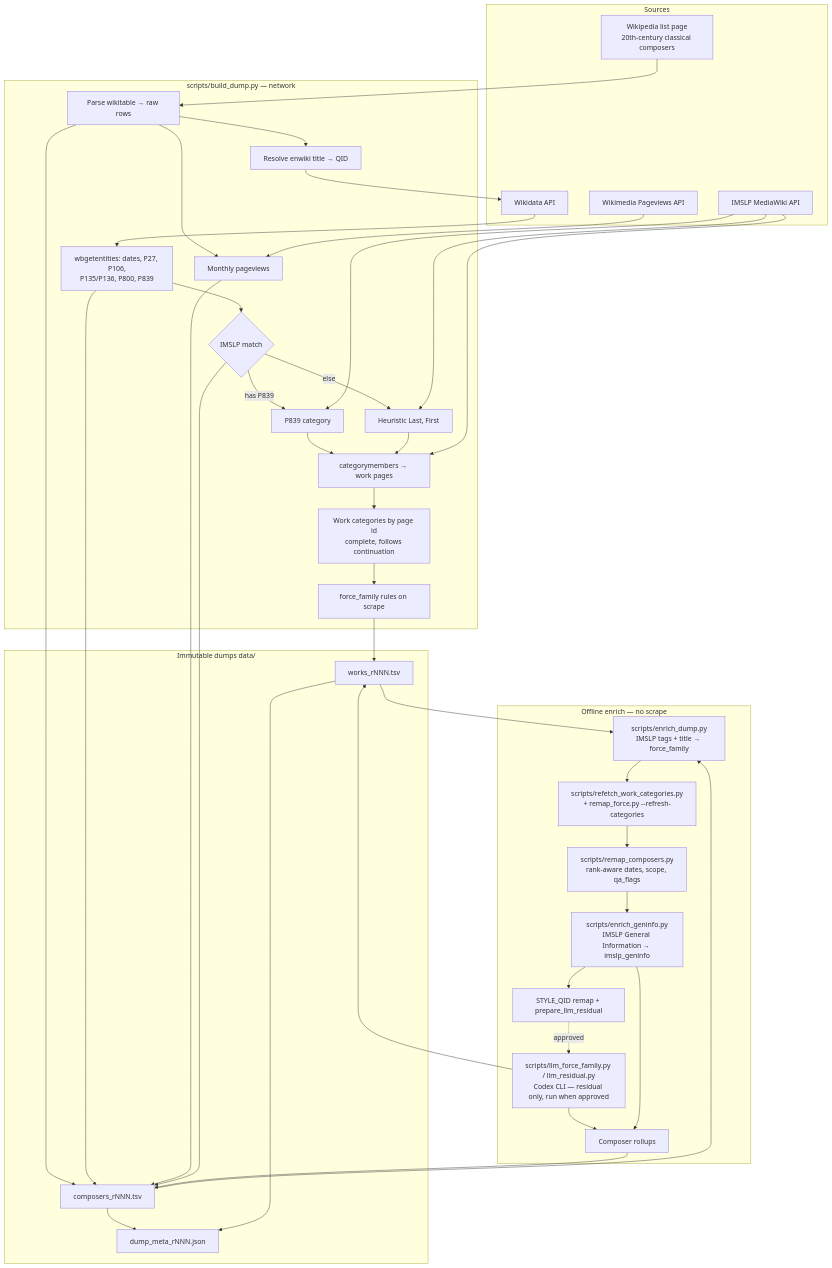
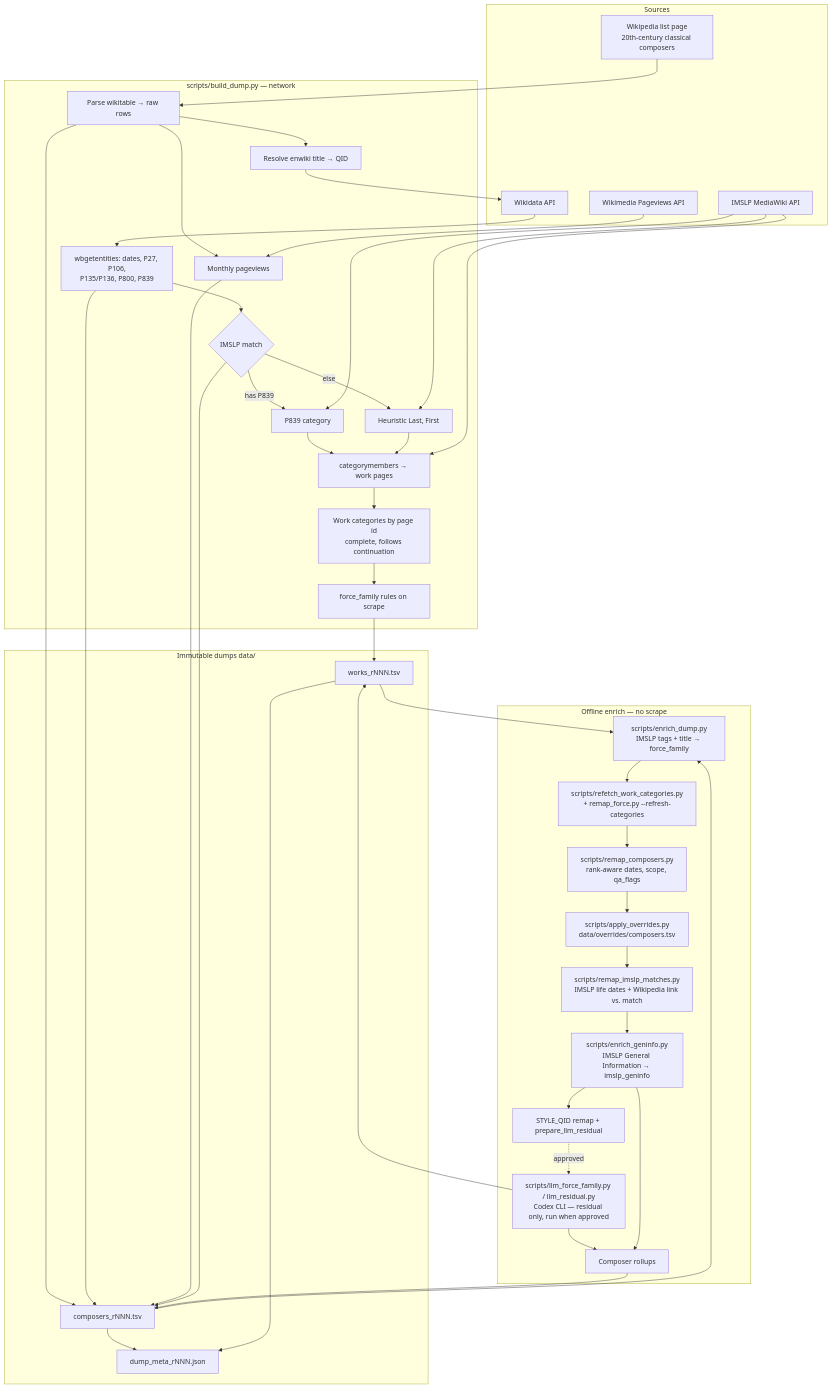
Before and after one commit to egorpol/eu-pd-composers: the first of 2 diagrams in docs/PIPELINE.md, drawn with Mermaid. The commit also changed other lines of this file and 11 other files, not shown here.

````diff
--- a/docs/PIPELINE.md
+++ b/docs/PIPELINE.md
@@ -7,63 +7,65 @@
 ```mermaid
 flowchart TB
   subgraph sources [Sources]
     WIKI[Wikipedia list page<br/>20th-century classical composers]
     WD[Wikidata API]
     PV[Wikimedia Pageviews API]
     IMSLP[IMSLP MediaWiki API]
   end
 
   subgraph scrape [scripts/build_dump.py — network]
     PARSE[Parse wikitable → raw rows]
     QID[Resolve enwiki title → QID]
     ENRICH[wbgetentities: dates, P27, P106,<br/>P135/P136, P800, P839]
     PAGEVIEWS[Monthly pageviews]
     MATCH{IMSLP match}
     P839[P839 category]
     HEUR[Heuristic Last, First]
     WORKS[categorymembers → work pages]
     CATS[Work categories by page id<br/>complete, follows continuation]
     FF1[force_family rules on scrape]
   end
 
   subgraph offline [Offline enrich — no scrape]
     ENR[scripts/enrich_dump.py<br/>IMSLP tags + title → force_family]
     GI[scripts/enrich_geninfo.py<br/>IMSLP General Information → imslp_geninfo]
     STY[STYLE_QID remap + prepare_llm_residual]
     REFRESH["scripts/refetch_work_categories.py<br/>+ remap_force.py --refresh-categories"]
     WDREMAP[scripts/remap_composers.py<br/>rank-aware dates, scope, qa_flags]
+    OVR[scripts/apply_overrides.py<br/>data/overrides/composers.tsv]
+    IDENT[scripts/remap_imslp_matches.py<br/>IMSLP life dates + Wikipedia link vs. match]
     LLM[scripts/llm_force_family.py / llm_residual.py<br/>Codex CLI — residual only, run when approved]
     ROLL[Composer rollups]
   end
 
   subgraph out [Immutable dumps data/]
     C[composers_rNNN.tsv]
     WK[works_rNNN.tsv]
     META[dump_meta_rNNN.json]
   end
 
   WIKI --> PARSE --> QID
   QID --> WD --> ENRICH
   PARSE --> PAGEVIEWS
   PV --> PAGEVIEWS
   ENRICH --> MATCH
   MATCH -->|has P839| P839 --> WORKS
   MATCH -->|else| HEUR --> WORKS
   IMSLP --> P839
   IMSLP --> HEUR
   IMSLP --> WORKS --> CATS --> FF1
   PARSE --> C
   ENRICH --> C
   PAGEVIEWS --> C
   MATCH --> C
   FF1 --> WK
   C --> ENR
   WK --> ENR
-  ENR --> REFRESH --> WDREMAP --> GI --> STY
+  ENR --> REFRESH --> WDREMAP --> OVR --> IDENT --> GI --> STY
   STY -.->|approved| LLM
   LLM --> ROLL --> C
   LLM --> WK
   GI --> ROLL
   C --> META
   WK --> META
 ```
````
